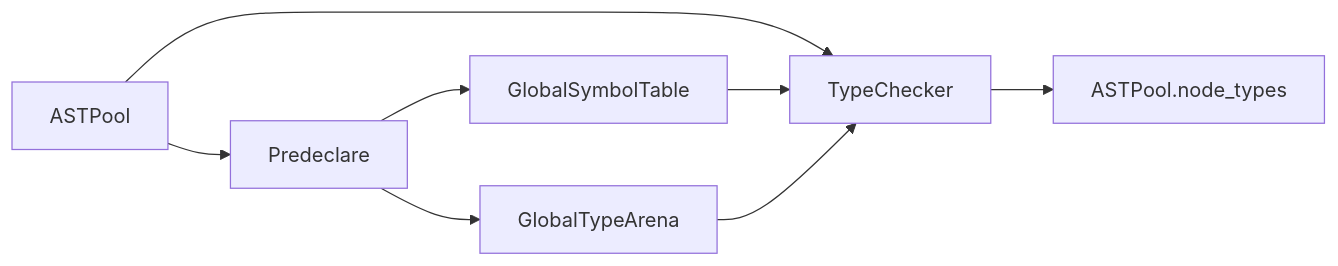
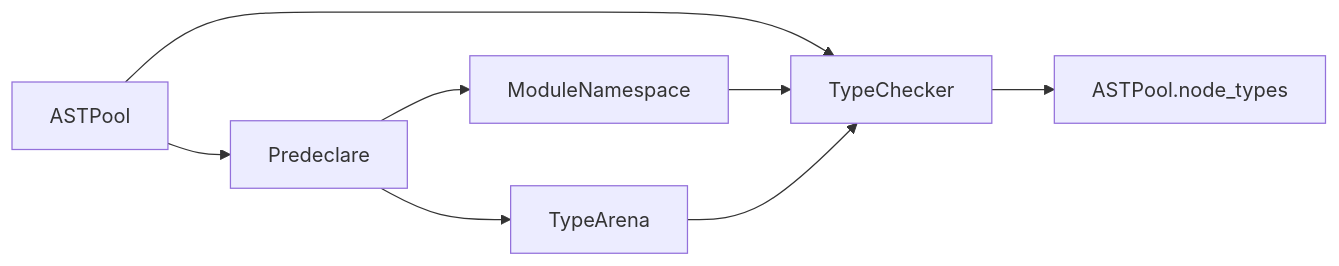
Before and after one commit to nikiplus/niki: the fourth of 7 diagrams in include/niki/l0_core/readme.md, drawn with Mermaid. The commit also changed other lines of this file and 69 other files, not shown here.

````diff
--- a/include/niki/l0_core/readme.md
+++ b/include/niki/l0_core/readme.md
@@ -91,10 +91,10 @@
 ```mermaid
 graph LR
     A[ASTPool] --> PD[Predeclare]
-    PD --> GST[GlobalSymbolTable]
-    PD --> GTA[GlobalTypeArena]
+    PD --> GST[ModuleNamespace]
+    PD --> GTA[TypeArena]
     A --> TC[TypeChecker]
     GST --> TC
     GTA --> TC
     TC --> NT[ASTPool.node_types]
 ```
````
